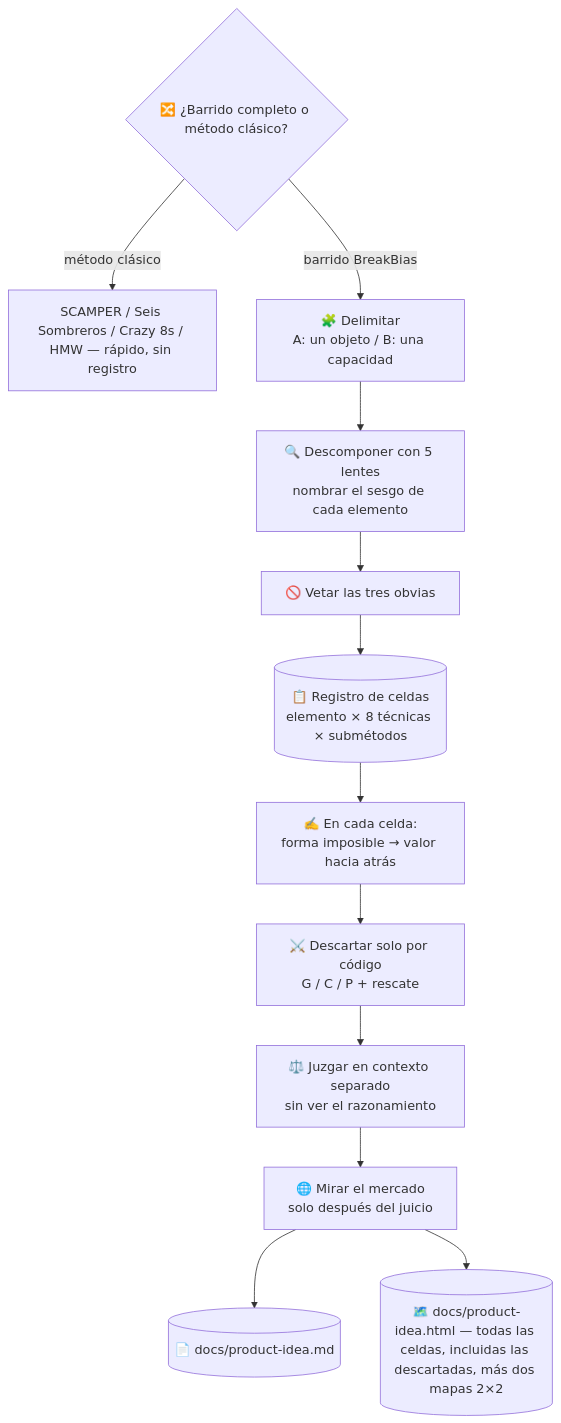
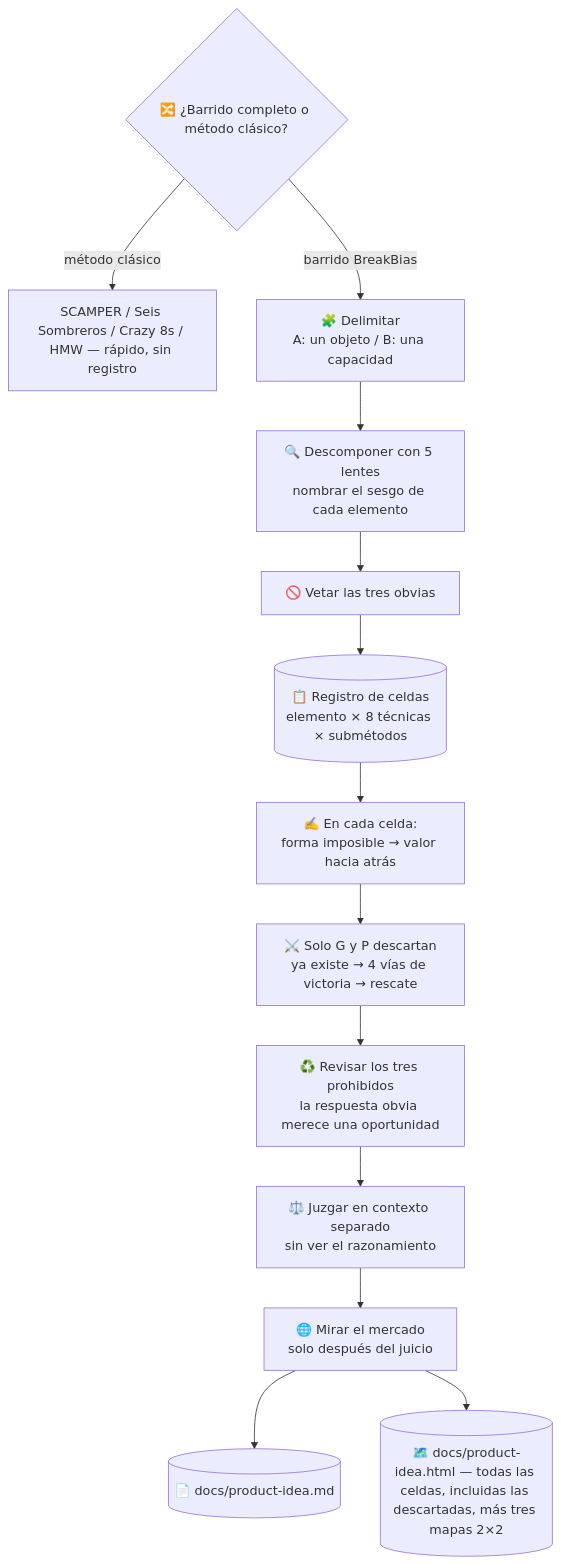
One commit to takaoumehara/superforge-skill changed the diagram in skills/superforge-brain/README.es.md. Above: the diagram before and after it, drawn with Mermaid. The commit also changed other lines of this file and 92 other files, not shown here.

````diff
--- a/skills/superforge-brain/README.es.md
+++ b/skills/superforge-brain/README.es.md
@@ -27,14 +27,15 @@
 ```mermaid
 flowchart TD
     Z{🔀 ¿Barrido completo o método clásico?} -->|método clásico| ZC[SCAMPER / Seis Sombreros / Crazy 8s / HMW — rápido, sin registro]
     Z -->|barrido BreakBias| A[🧩 Delimitar<br/>A: un objeto / B: una capacidad]
     A --> B[🔍 Descomponer con 5 lentes<br/>nombrar el sesgo de cada elemento]
     B --> C[🚫 Vetar las tres obvias]
     C --> D[(📋 Registro de celdas<br/>elemento × 8 técnicas × submétodos)]
     D --> E[✍️ En cada celda:<br/>forma imposible → valor hacia atrás]
-    E --> F[⚔️ Descartar solo por código<br/>G / C / P + rescate]
-    F --> G[⚖️ Juzgar en contexto separado<br/>sin ver el razonamiento]
+    E --> F[⚔️ Solo G y P descartan<br/>ya existe → 4 vías de victoria → rescate]
+    F --> F2[♻️ Revisar los tres prohibidos<br/>la respuesta obvia merece una oportunidad]
+    F2 --> G[⚖️ Juzgar en contexto separado<br/>sin ver el razonamiento]
     G --> H[🌐 Mirar el mercado<br/>solo después del juicio]
     H --> I[(📄 docs/product-idea.md)]
-    H --> J[(🗺️ docs/product-idea.html — todas las celdas, incluidas las descartadas, más dos mapas 2×2)]
+    H --> J[(🗺️ docs/product-idea.html — todas las celdas, incluidas las descartadas, más tres mapas 2×2)]
 ```
````
